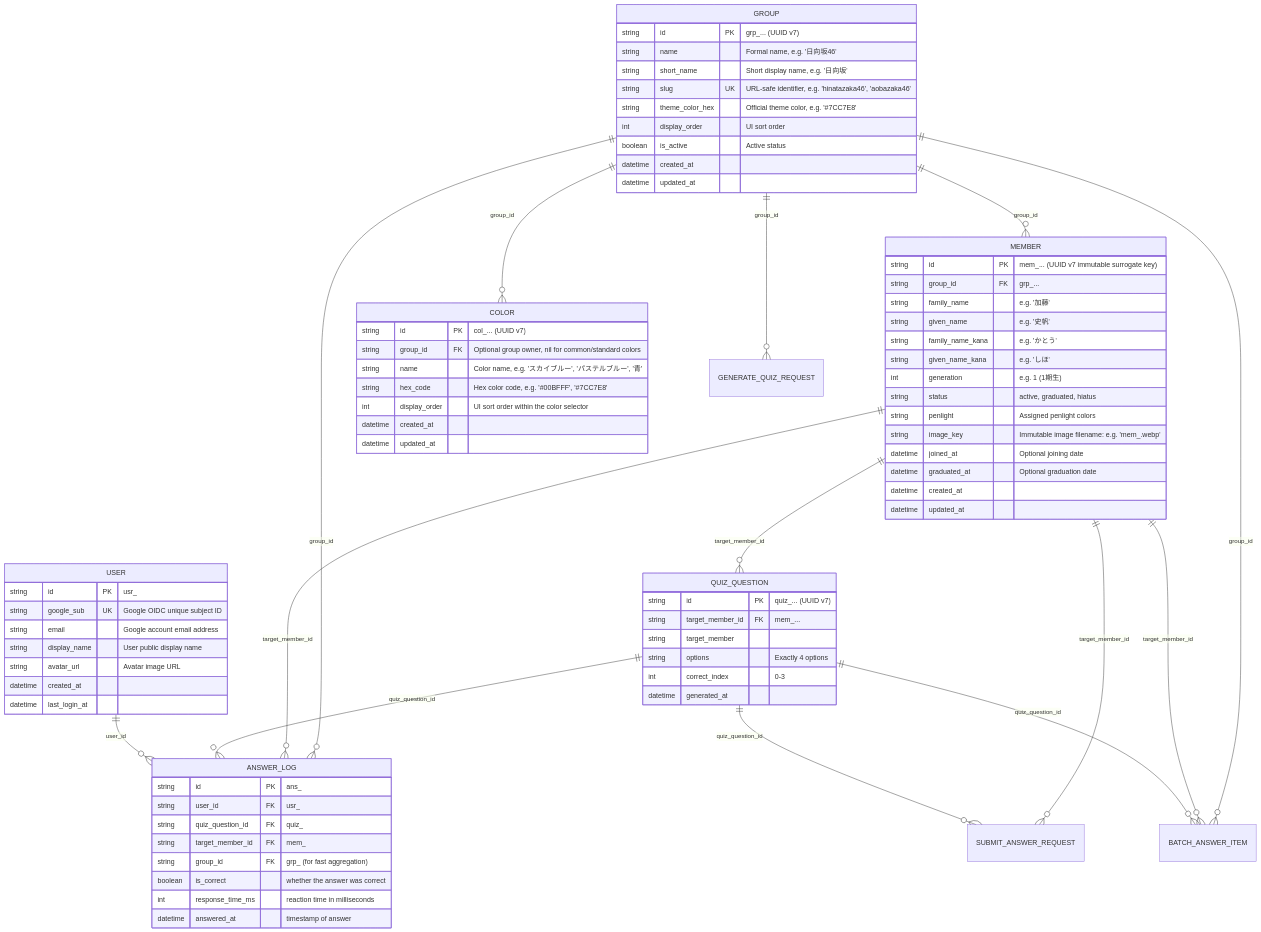
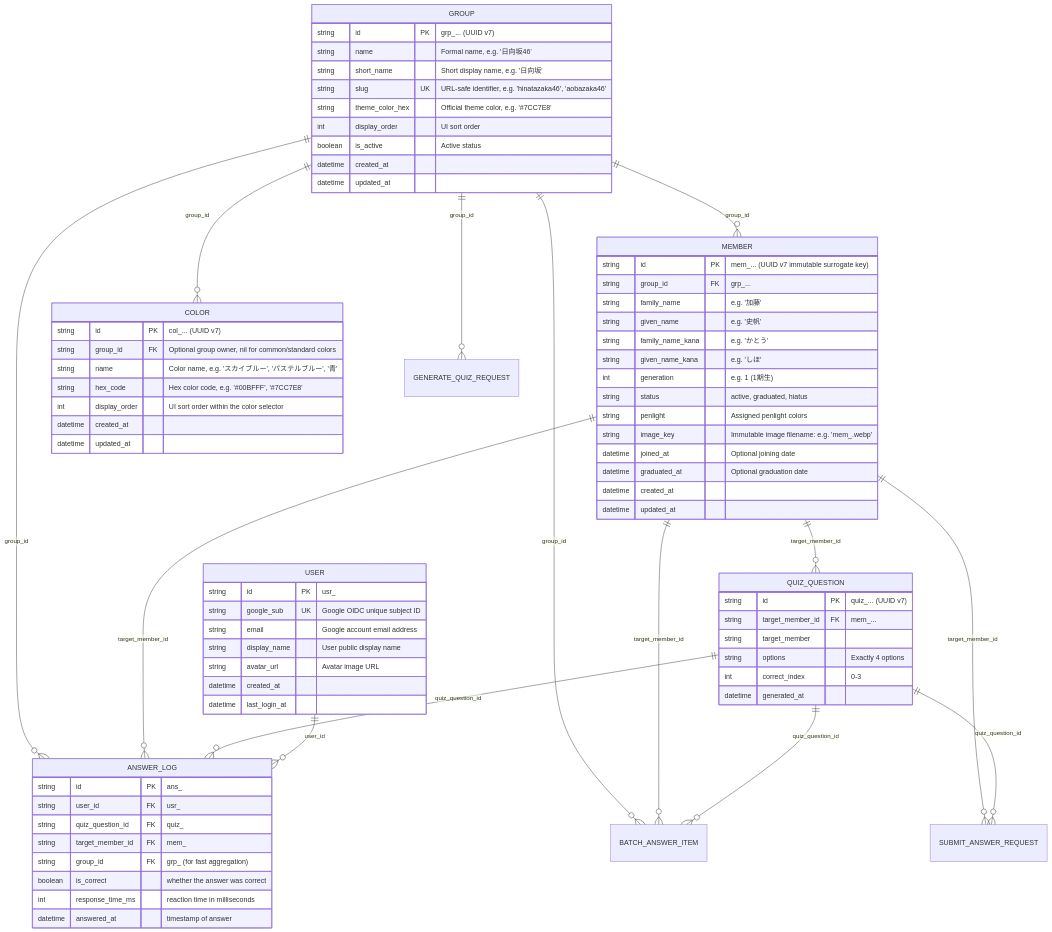
The diagram in assets/schema/er-diagram.mermaid (AobaIwaki123/penlight-v2), drawn with Mermaid before and after one commit. The commit also changed other lines of this file and 4 other files, not shown here.

```diff
--- a/assets/schema/er-diagram.mermaid
+++ b/assets/schema/er-diagram.mermaid
@@ -1,83 +1,83 @@
 erDiagram
-    GROUP ||--o{ MEMBER : "group_id"
-    MEMBER ||--o{ QUIZ_QUESTION : "target_member_id"
     USER ||--o{ ANSWER_LOG : "user_id"
     QUIZ_QUESTION ||--o{ ANSWER_LOG : "quiz_question_id"
     MEMBER ||--o{ ANSWER_LOG : "target_member_id"
     GROUP ||--o{ ANSWER_LOG : "group_id"
     GROUP ||--o{ COLOR : "group_id"
     GROUP ||--o{ GENERATE_QUIZ_REQUEST : "group_id"
     QUIZ_QUESTION ||--o{ SUBMIT_ANSWER_REQUEST : "quiz_question_id"
     MEMBER ||--o{ SUBMIT_ANSWER_REQUEST : "target_member_id"
     QUIZ_QUESTION ||--o{ BATCH_ANSWER_ITEM : "quiz_question_id"
     MEMBER ||--o{ BATCH_ANSWER_ITEM : "target_member_id"
     GROUP ||--o{ BATCH_ANSWER_ITEM : "group_id"
+    GROUP ||--o{ MEMBER : "group_id"
+    MEMBER ||--o{ QUIZ_QUESTION : "target_member_id"
 
     GROUP {
         string id PK "grp_... (UUID v7)"
         string name "Formal name, e.g. '日向坂46'"
         string short_name "Short display name, e.g. '日向坂'"
         string slug UK "URL-safe identifier, e.g. 'hinatazaka46', 'aobazaka46'"
         string theme_color_hex "Official theme color, e.g. '#7CC7E8'"
         int display_order "UI sort order"
         boolean is_active "Active status"
         datetime created_at
         datetime updated_at
     }
 
     COLOR {
         string id PK "col_... (UUID v7)"
         string group_id FK "Optional group owner, nil for common/standard colors"
         string name "Color name, e.g. 'スカイブルー', 'パステルブルー', '青'"
         string hex_code "Hex color code, e.g. '#00BFFF', '#7CC7E8'"
         int display_order "UI sort order within the color selector"
         datetime created_at
         datetime updated_at
     }
 
     MEMBER {
         string id PK "mem_... (UUID v7 immutable surrogate key)"
         string group_id FK "grp_..."
         string family_name "e.g. '加藤'"
         string given_name "e.g. '史帆'"
         string family_name_kana "e.g. 'かとう'"
         string given_name_kana "e.g. 'しほ'"
         int generation "e.g. 1 (1期生)"
         string status "active, graduated, hiatus"
         string penlight "Assigned penlight colors"
         string image_key "Immutable image filename: e.g. 'mem_<uuidv7>.webp'"
         datetime joined_at "Optional joining date"
         datetime graduated_at "Optional graduation date"
         datetime created_at
         datetime updated_at
     }
 
     USER {
         string id PK "usr_<uuidv7>"
         string google_sub UK "Google OIDC unique subject ID"
         string email "Google account email address"
         string display_name "User public display name"
         string avatar_url "Avatar image URL"
         datetime created_at
         datetime last_login_at
     }
 
     ANSWER_LOG {
         string id PK "ans_<uuidv7>"
         string user_id FK "usr_<uuidv7>"
         string quiz_question_id FK "quiz_<uuidv7>"
         string target_member_id FK "mem_<uuidv7>"
         string group_id FK "grp_<uuidv7> (for fast aggregation)"
         boolean is_correct "whether the answer was correct"
         int response_time_ms "reaction time in milliseconds"
         datetime answered_at "timestamp of answer"
     }
 
     QUIZ_QUESTION {
         string id PK "quiz_... (UUID v7)"
         string target_member_id FK "mem_..."
         string target_member
         string options "Exactly 4 options"
         int correct_index "0-3"
         datetime generated_at
     }
```
